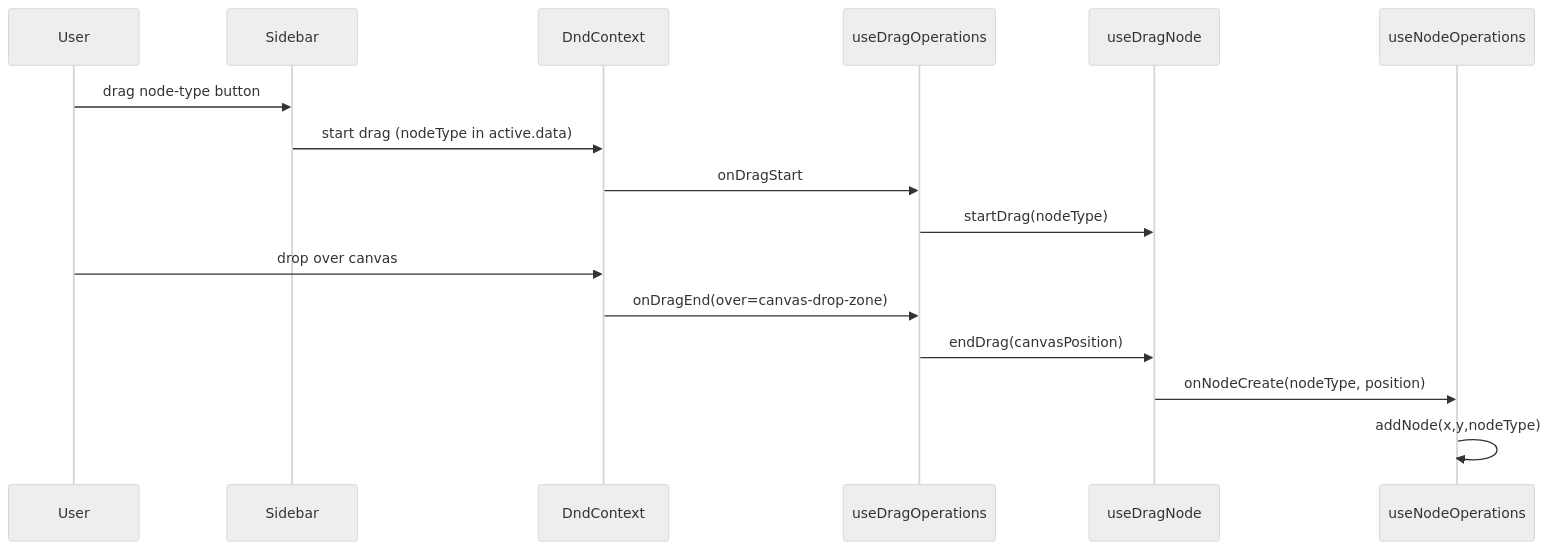
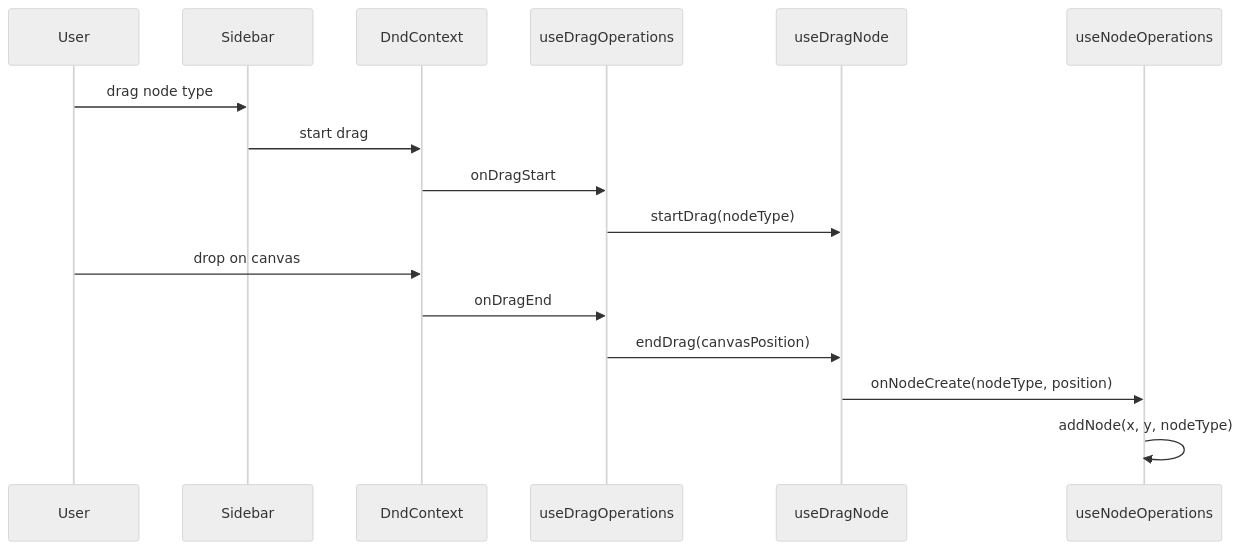
Before and after one commit to willis7/impact-tree-builder: the fifth of 8 diagrams in docs/ARCHITECTURE.md, drawn with Mermaid (neutral theme). The commit also changed other lines of this file, not shown here.

Commit message:
docs: fix mermaid diagram syntax

````diff
--- a/docs/ARCHITECTURE.md
+++ b/docs/ARCHITECTURE.md
@@ -314,20 +313,20 @@
 ```mermaid
 sequenceDiagram
   participant User
   participant Sidebar
   participant DndContext
-  participant useDragOperations
-  participant useDragNode
+  participant DragOps as useDragOperations
+  participant DragState as useDragNode
   participant NodeOps as useNodeOperations
 
-  User->>Sidebar: drag node-type button
-  Sidebar->>DndContext: start drag (nodeType in active.data)
-  DndContext->>useDragOperations: onDragStart
-  useDragOperations->>useDragNode: startDrag(nodeType)
+  User->>Sidebar: drag node type
+  Sidebar->>DndContext: start drag
+  DndContext->>DragOps: onDragStart
+  DragOps->>DragState: startDrag(nodeType)
 
-  User->>DndContext: drop over canvas
-  DndContext->>useDragOperations: onDragEnd(over=canvas-drop-zone)
-  useDragOperations->>useDragNode: endDrag(canvasPosition)
-  useDragNode->>NodeOps: onNodeCreate(nodeType, position)
-  NodeOps->>NodeOps: addNode(x,y,nodeType)
+  User->>DndContext: drop on canvas
+  DndContext->>DragOps: onDragEnd
+  DragOps->>DragState: endDrag(canvasPosition)
+  DragState->>NodeOps: onNodeCreate(nodeType, position)
+  NodeOps->>NodeOps: addNode(x, y, nodeType)
 ```
````
